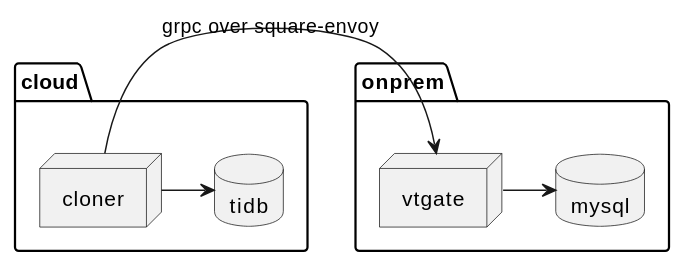
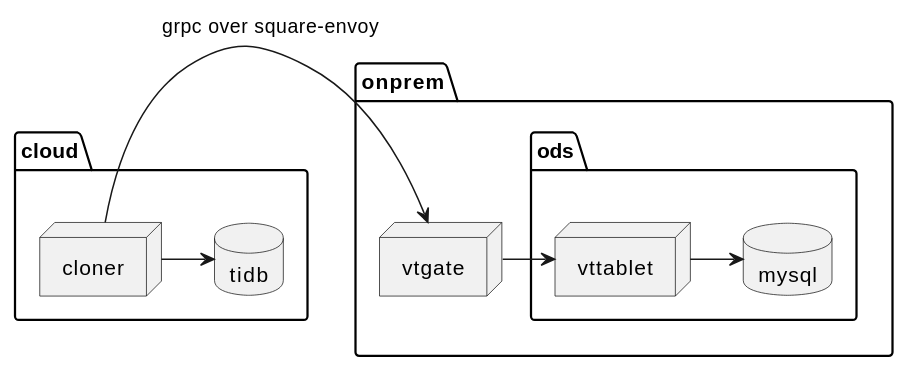
Before and after one commit to cashapp/cloner: the diagram in design.md, drawn with PlantUML. The commit also changed 7 other files, not shown here.

````diff
--- a/design.md
+++ b/design.md
@@ -1,17 +1,21 @@
 ```puml
 @startuml component
 package onprem {
-    database mysql
     node vtgate
+    package ods {
+        node vttablet
+        database mysql
+    }
 }
 package cloud {
     node cloner
     database tidb
 }
 
 cloner -> vtgate : grpc over square-envoy
-vtgate -> mysql
+vtgate -> vttablet
+vttablet -> mysql
 cloner -> tidb
 
 @enduml
 ```
````
